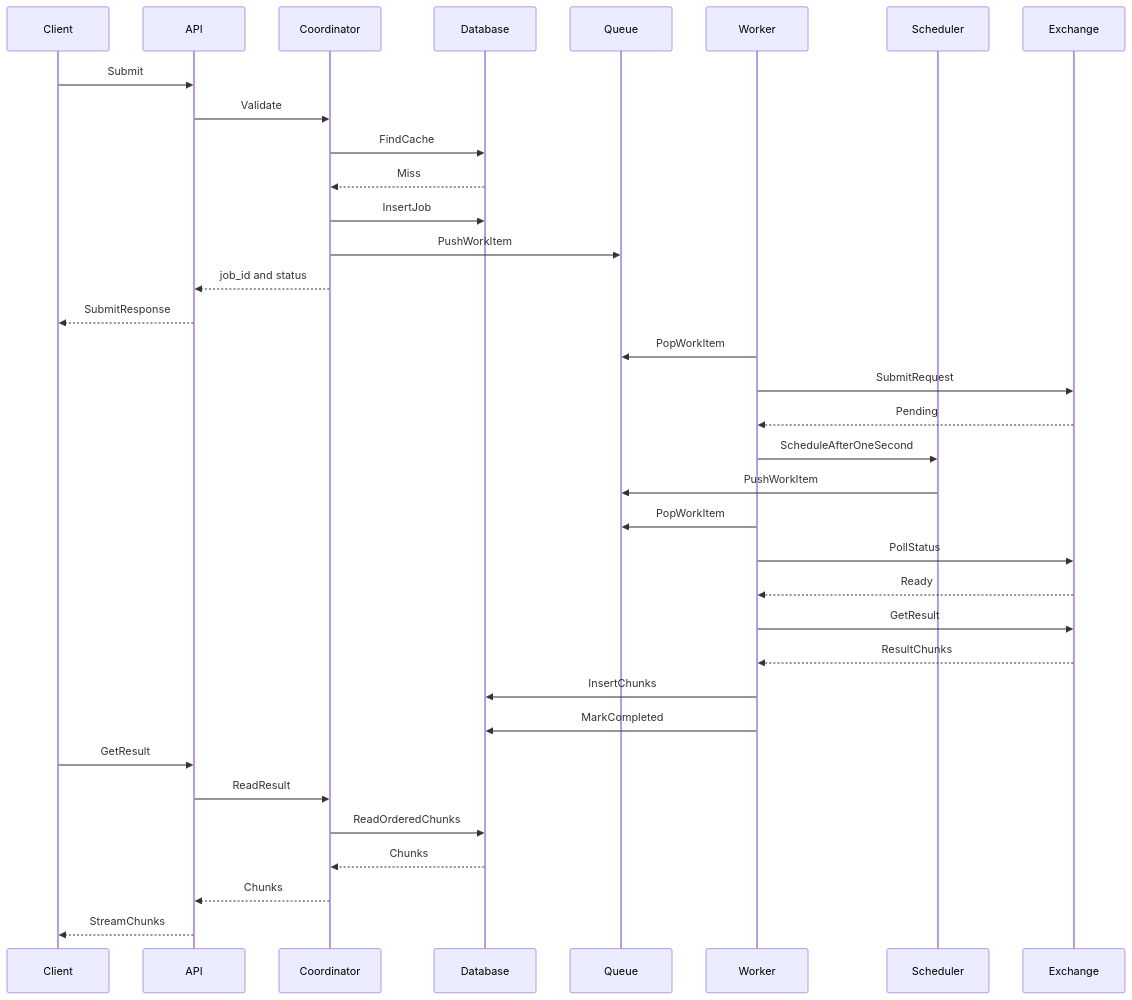
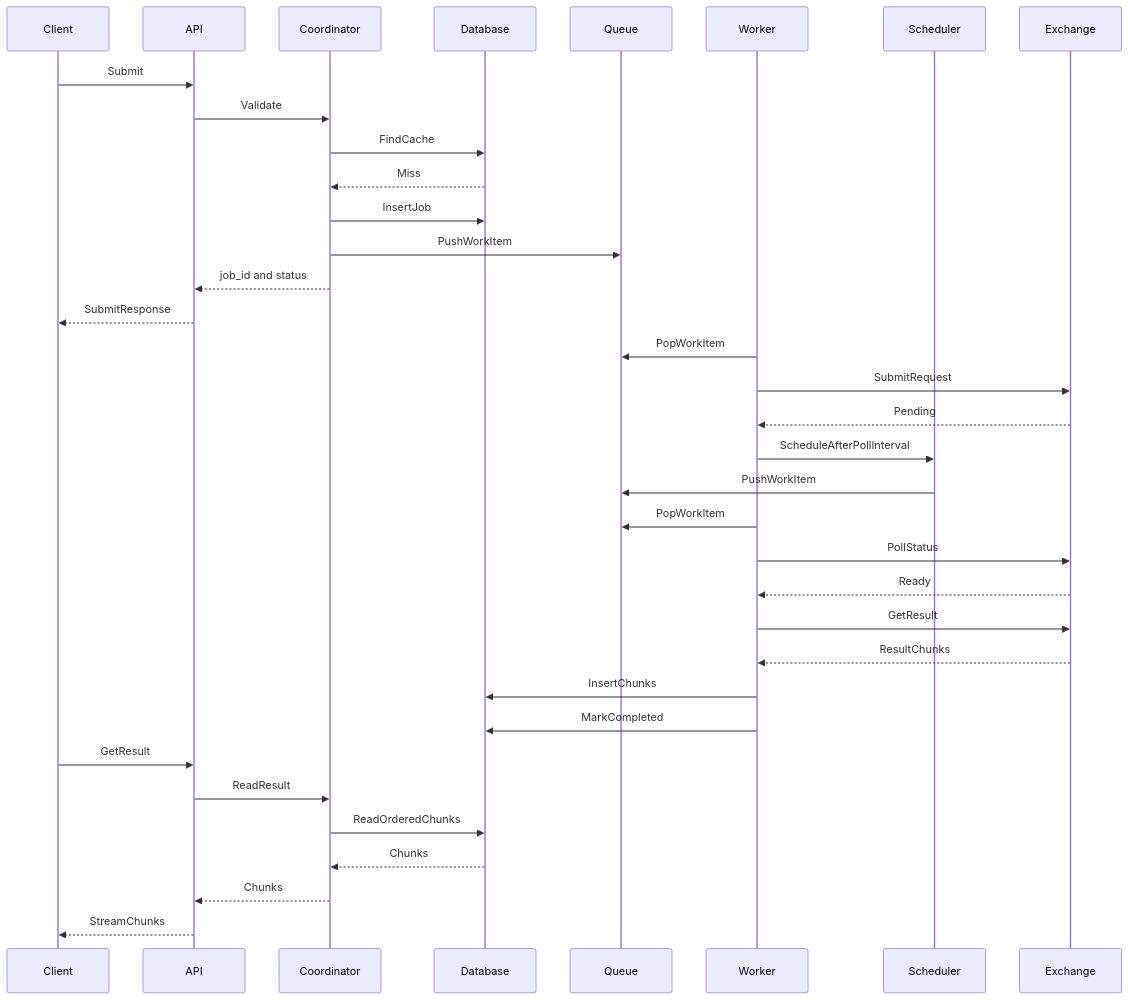
Before and after one commit to Miralius/MarketDataServer: the second of 4 diagrams in docs/architecture-design-report.md, drawn with Mermaid. The commit also changed other lines of this file and 3 other files, not shown here.

````diff
--- a/docs/architecture-design-report.md
+++ b/docs/architecture-design-report.md
@@ -87,37 +88,37 @@
 ```mermaid
 sequenceDiagram
     participant Client
     participant API
     participant Coordinator
     participant Database
     participant Queue
     participant Worker
     participant Scheduler
     participant Exchange
     Client->>API: Submit
     API->>Coordinator: Validate
     Coordinator->>Database: FindCache
     Database-->>Coordinator: Miss
     Coordinator->>Database: InsertJob
     Coordinator->>Queue: PushWorkItem
     Coordinator-->>API: job_id and status
     API-->>Client: SubmitResponse
     Worker->>Queue: PopWorkItem
     Worker->>Exchange: SubmitRequest
     Exchange-->>Worker: Pending
-    Worker->>Scheduler: ScheduleAfterOneSecond
+    Worker->>Scheduler: ScheduleAfterPollInterval
     Scheduler->>Queue: PushWorkItem
     Worker->>Queue: PopWorkItem
     Worker->>Exchange: PollStatus
     Exchange-->>Worker: Ready
     Worker->>Exchange: GetResult
     Exchange-->>Worker: ResultChunks
     Worker->>Database: InsertChunks
     Worker->>Database: MarkCompleted
     Client->>API: GetResult
     API->>Coordinator: ReadResult
     Coordinator->>Database: ReadOrderedChunks
     Database-->>Coordinator: Chunks
     Coordinator-->>API: Chunks
     API-->>Client: StreamChunks
 ```
````
